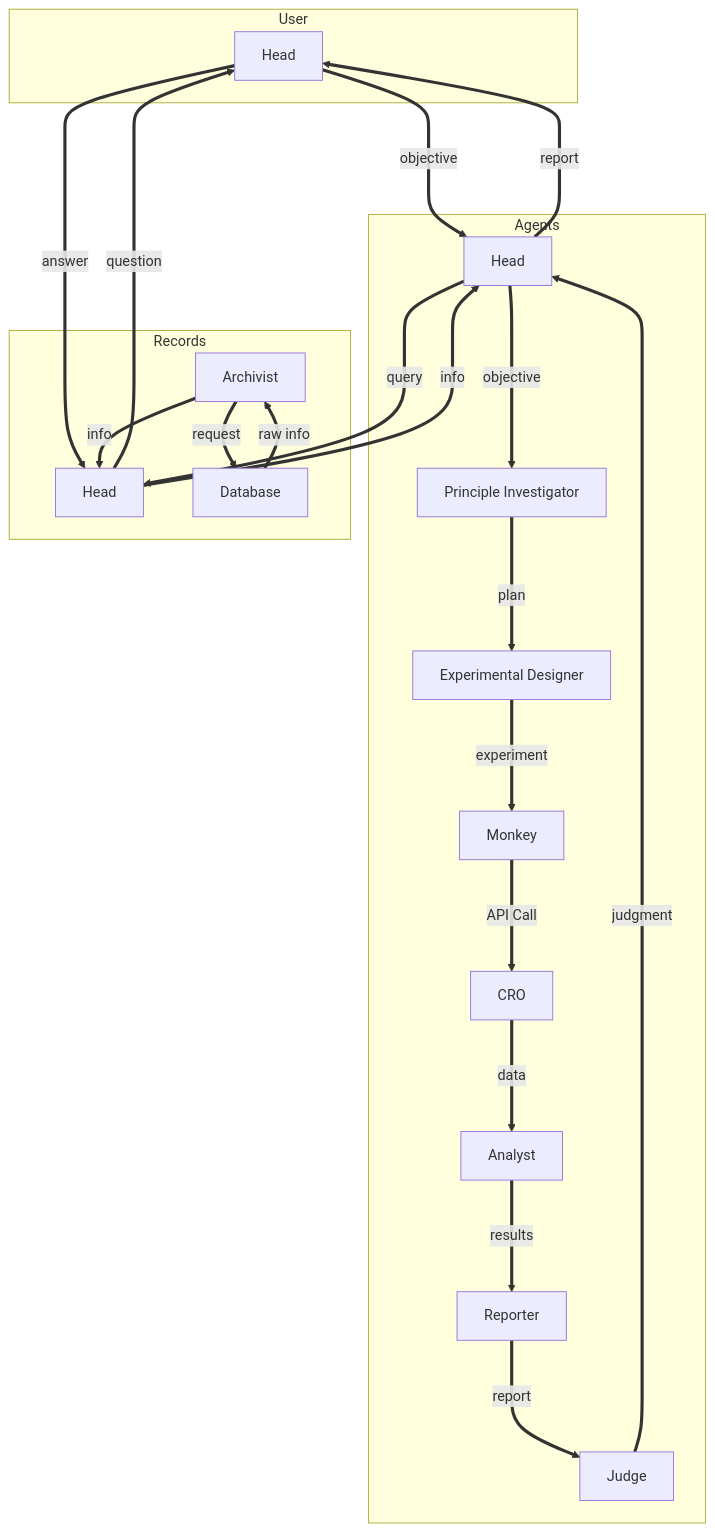
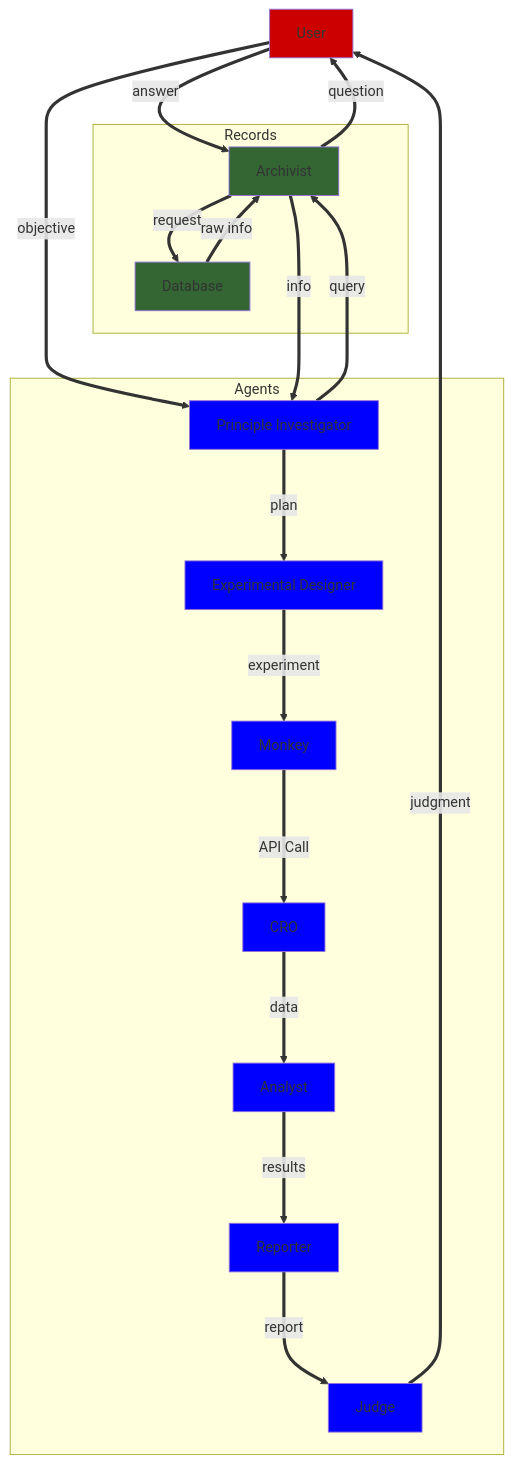
Before and after one commit to RoboResearchers/RoboResearcher: the diagram in README.md, drawn with Mermaid. The commit also changed other lines of this file, not shown here.

Commit message:
Made Mermaid chart

````diff
--- a/README.md
+++ b/README.md
@@ -33,44 +33,45 @@
 ```mermaid
 graph TB
-    subgraph User
-        U1[Head]
-    end
+    classDef usercolor fill:#c00
+    classDef agentcolor fill:#00F
+    classDef recordcolor fill:#363
+    
+        U1[User]:::usercolor
 
     subgraph Agents
-        A1[Head]
-        PI[Principle Investigator]
-        ED[Experimental Designer]
-        M[Monkey]
-        CRO[CRO]
-        AN[Analyst]
-        RP[Reporter]
-        J[Judge]
+        %% A1[Head]:::agentcolor
+        PI[Principle Investigator]:::agentcolor
+        ED[Experimental Designer]:::agentcolor
+        M[Monkey]:::agentcolor
+        CRO[CRO]:::agentcolor
+        AN[Analyst]:::agentcolor
+        RP[Reporter]:::agentcolor
+        J[Judge]:::agentcolor
     end
 
     subgraph Records
-        R1[Head]
-        AR[Archivist]
-        DB[Database]
+        %% R1[Head]:::recordcolor
+        AR[Archivist]:::recordcolor
+        DB[Database]:::recordcolor
     end
 
-    U1 == objective ==> A1
-    U1 == answer ==> R1
+   %% U1 == objective ==> PI
+    U1 == answer ==> AR
 
-    A1 == report ===> U1
-    A1 == query ===> R1
-    A1 == objective ===> PI
+    PI == query ===> AR
+    U1 == objective ===> PI
     PI == plan ===> ED
     ED == experiment ===> M
     M == API Call ===> CRO
     CRO == data ===> AN
     AN == results ===> RP
     RP == report ===> J
-    J == judgment ===> A1
+    J == judgment ===> U1
 
-    R1 == question ==> U1
-    R1 == info ==> A1
+    AR == question ==> U1
+    %% R1 == info ==> PI
     AR == request ==> DB
     DB == raw info ==> AR
-    AR == info ==> R1
+    AR == info ==> PI
 
 ```
````
